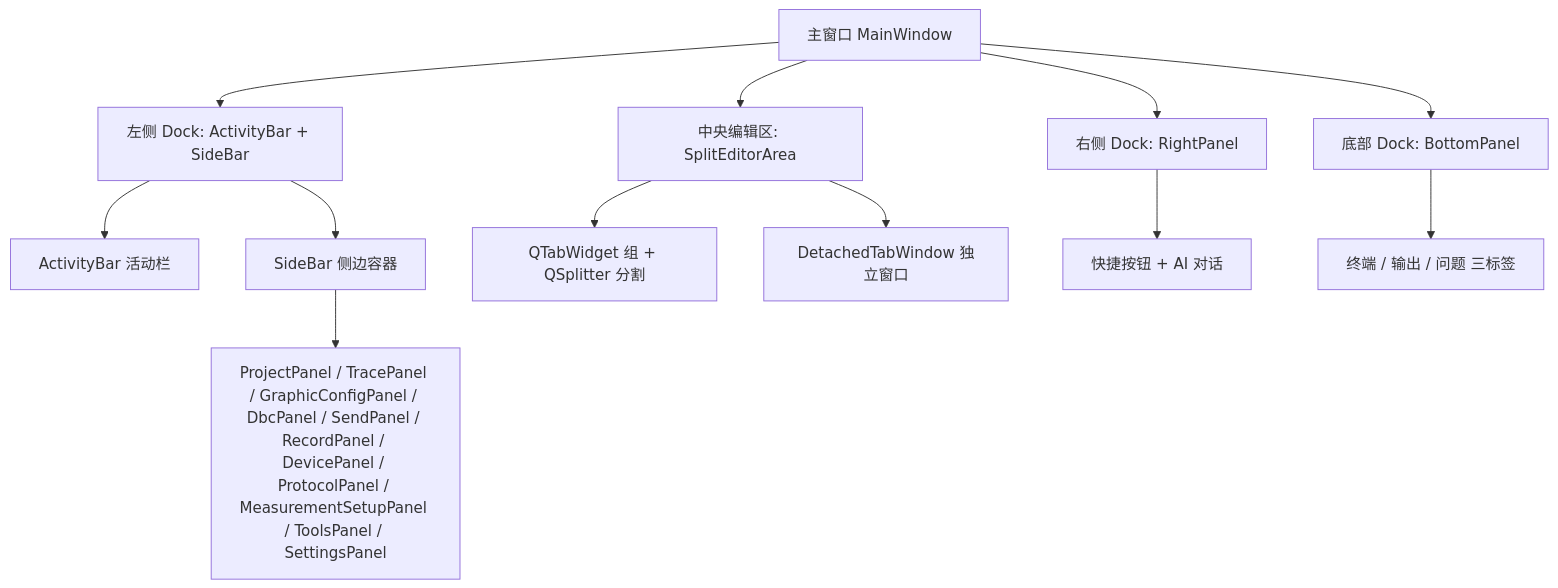
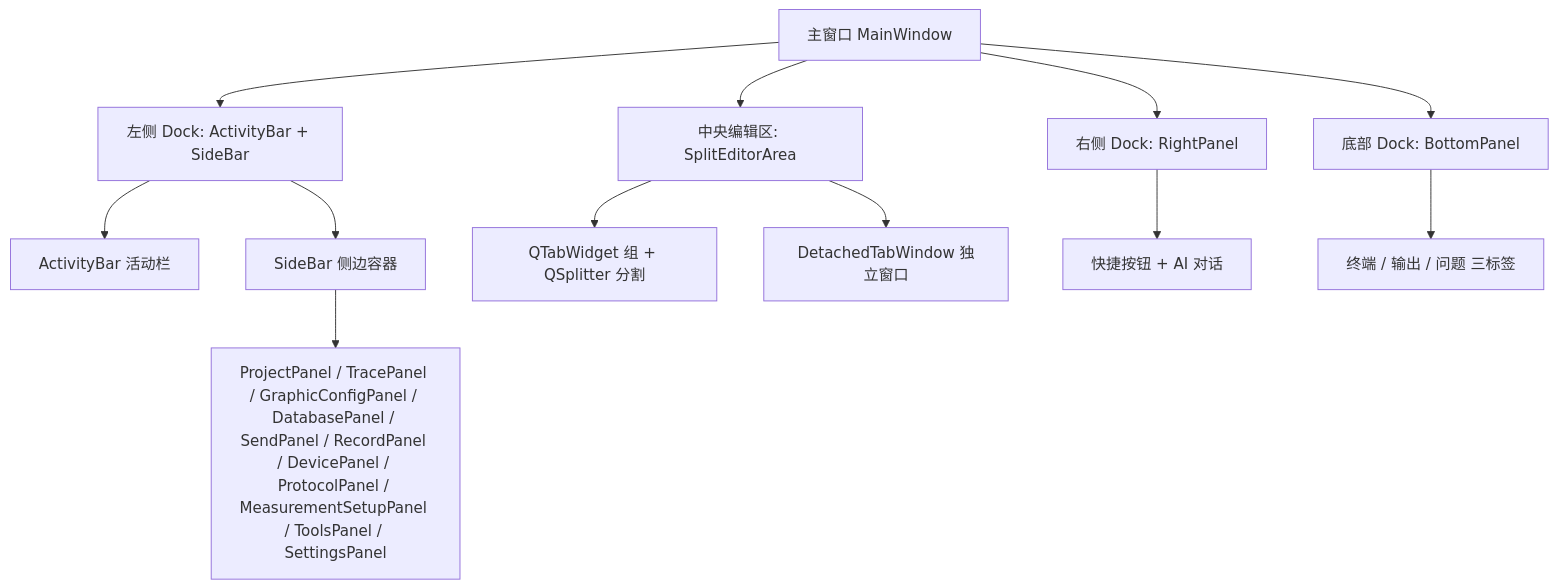
The first of 7 diagrams in .qoder/repowiki/zh/content/架构设计/UI系统设计/工具栏系统.md (jakecai1225-design/OpenBus), drawn with Mermaid before and after one commit. The commit also changed other lines of this file and 223 other files, not shown here.

````diff
--- a/.qoder/repowiki/zh/content/架构设计/UI系统设计/工具栏系统.md
+++ b/.qoder/repowiki/zh/content/架构设计/UI系统设计/工具栏系统.md
@@ -52,14 +62,14 @@
 ```mermaid
 graph TB
 A["主窗口 MainWindow"] --> B["左侧 Dock: ActivityBar + SideBar"]
 A --> C["中央编辑区: SplitEditorArea"]
 A --> D["右侧 Dock: RightPanel"]
 A --> E["底部 Dock: BottomPanel"]
 B --> F["ActivityBar 活动栏"]
 B --> G["SideBar 侧边容器"]
-G --> H["ProjectPanel / TracePanel / GraphicConfigPanel / DbcPanel / SendPanel / RecordPanel / DevicePanel / ProtocolPanel / MeasurementSetupPanel / ToolsPanel / SettingsPanel"]
+G --> H["ProjectPanel / TracePanel / GraphicConfigPanel / DatabasePanel / SendPanel / RecordPanel / DevicePanel / ProtocolPanel / MeasurementSetupPanel / ToolsPanel / SettingsPanel"]
 C --> I["QTabWidget 组 + QSplitter 分割"]
 C --> J["DetachedTabWindow 独立窗口"]
 D --> K["快捷按钮 + AI 对话"]
 E --> L["终端 / 输出 / 问题 三标签"]
 ```
````
